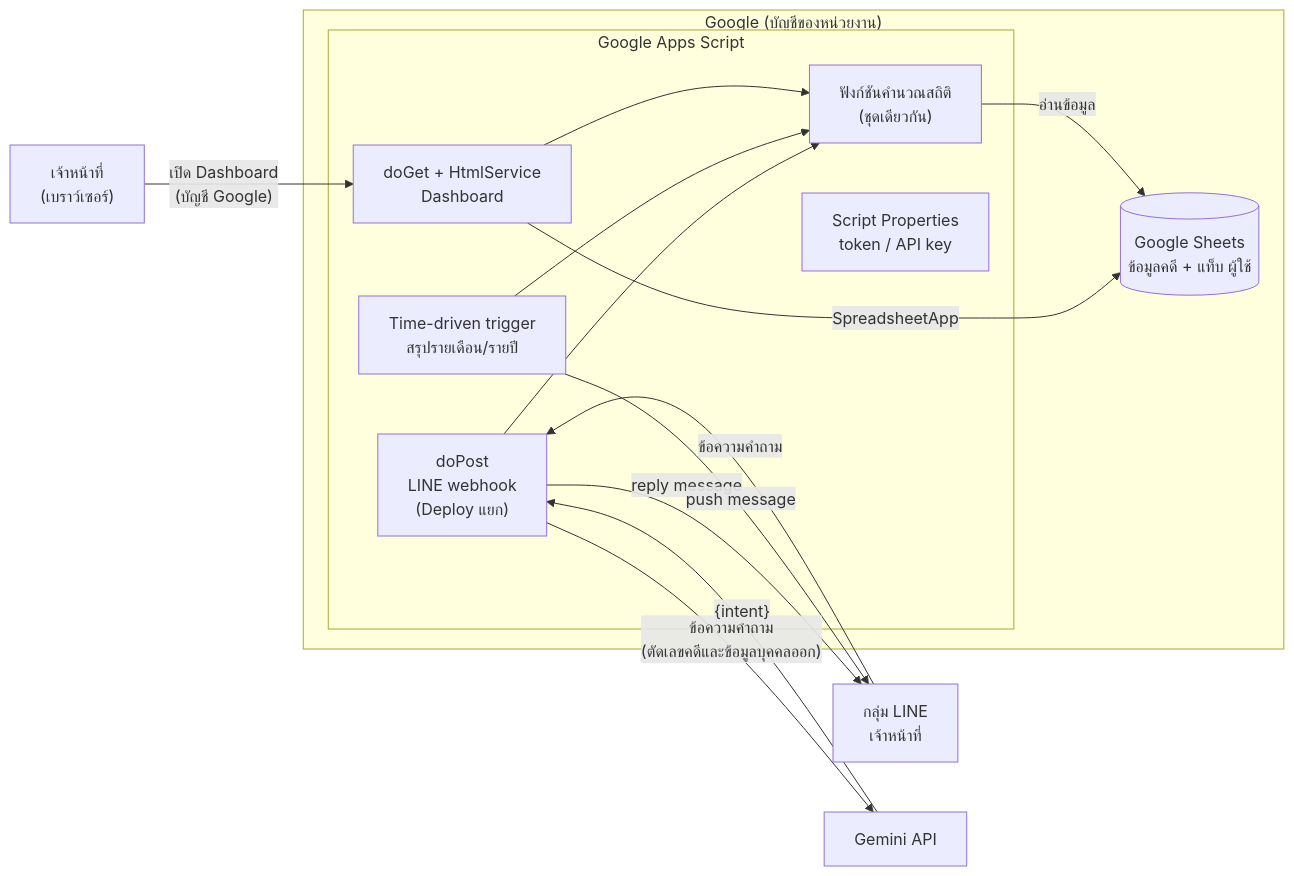
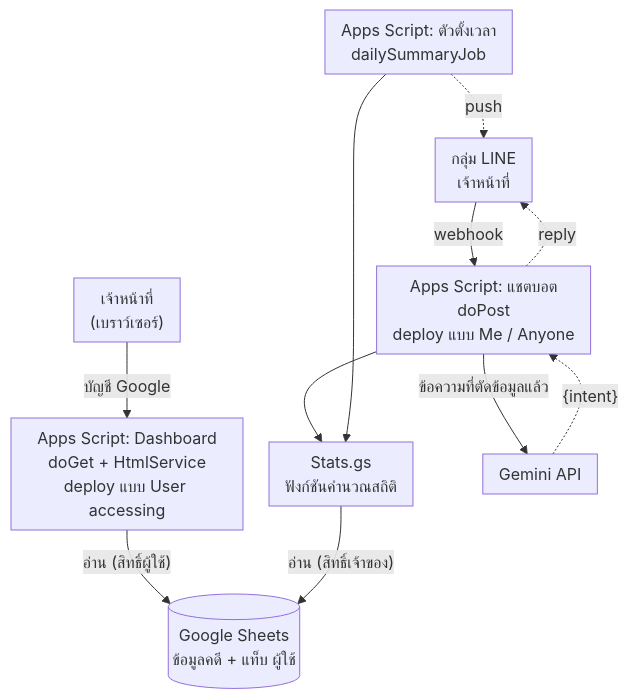
The first of 3 diagrams in thesis/drafts/03-การออกแบบระบบ.md (wongstorn298-cloud/blank-app), drawn with Mermaid before and after one commit. The commit also changed other lines of this file and 2 other files, not shown here.

````diff
--- a/thesis/drafts/03-การออกแบบระบบ.md
+++ b/thesis/drafts/03-การออกแบบระบบ.md
@@ -21,24 +23,22 @@
 ```mermaid
-flowchart LR
-  subgraph G["Google (บัญชีของหน่วยงาน)"]
-    S[("Google Sheets<br/>ข้อมูลคดี + แท็บ ผู้ใช้")]
-    subgraph A["Google Apps Script"]
-      D["doGet + HtmlService<br/>Dashboard"]
-      P["doPost<br/>LINE webhook<br/>(Deploy แยก)"]
-      T["Time-driven trigger<br/>สรุปรายเดือน/รายปี"]
-      ST["ฟังก์ชันคำนวณสถิติ<br/>(ชุดเดียวกัน)"]
-      PR["Script Properties<br/>token / API key"]
-    end
-  end
-  U["เจ้าหน้าที่<br/>(เบราว์เซอร์)"] -- "เปิด Dashboard<br/>(บัญชี Google)" --> D
-  D -- "SpreadsheetApp" --> S
+%%{init: {"flowchart": {"nodeSpacing": 26, "rankSpacing": 40, "padding": 8}}}%%
+flowchart TB
+  U["เจ้าหน้าที่<br/>(เบราว์เซอร์)"]
+  L["กลุ่ม LINE<br/>เจ้าหน้าที่"]
+  D["Apps Script: Dashboard<br/>doGet + HtmlService<br/>deploy แบบ User accessing"]
+  P["Apps Script: แชตบอต<br/>doPost<br/>deploy แบบ Me / Anyone"]
+  T["Apps Script: ตัวตั้งเวลา<br/>dailySummaryJob"]
+  ST["Stats.gs<br/>ฟังก์ชันคำนวณสถิติ"]
+  S[("Google Sheets<br/>ข้อมูลคดี + แท็บ ผู้ใช้")]
+  GM["Gemini API"]
+  U -- "บัญชี Google" --> D
+  L -- "webhook" --> P
+  P -. "reply" .-> L
+  T -. "push" .-> L
   P --> ST
   T --> ST
-  D --> ST
-  ST -- "อ่านข้อมูล" --> S
-  L["กลุ่ม LINE<br/>เจ้าหน้าที่"] -- "ข้อความคำถาม" --> P
-  P -- "reply message" --> L
-  T -- "push message" --> L
-  P -- "ข้อความคำถาม<br/>(ตัดเลขคดีและข้อมูลบุคคลออก)" --> GM["Gemini API"]
-  GM -- "{intent}" --> P
+  D -- "อ่าน (สิทธิ์ผู้ใช้)" --> S
+  ST -- "อ่าน (สิทธิ์เจ้าของ)" --> S
+  P -- "ข้อความที่ตัดข้อมูลแล้ว" --> GM
+  GM -. "{intent}" .-> P
 ```
````
